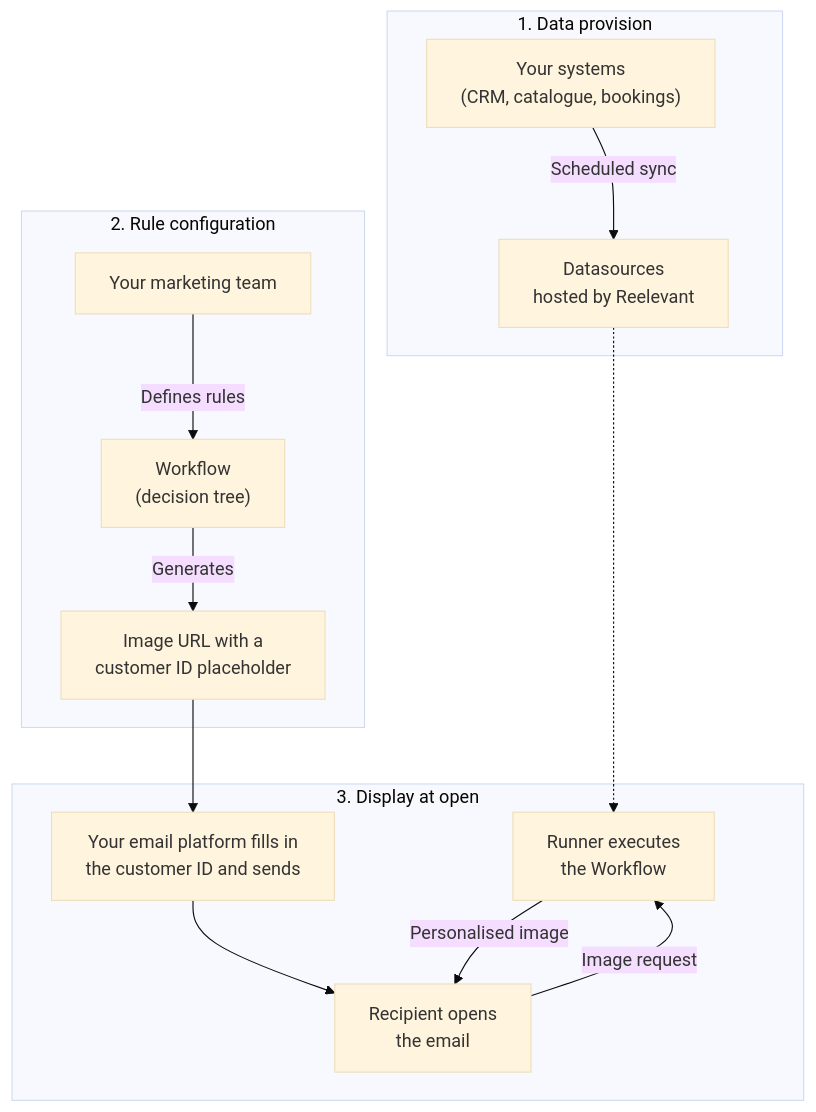
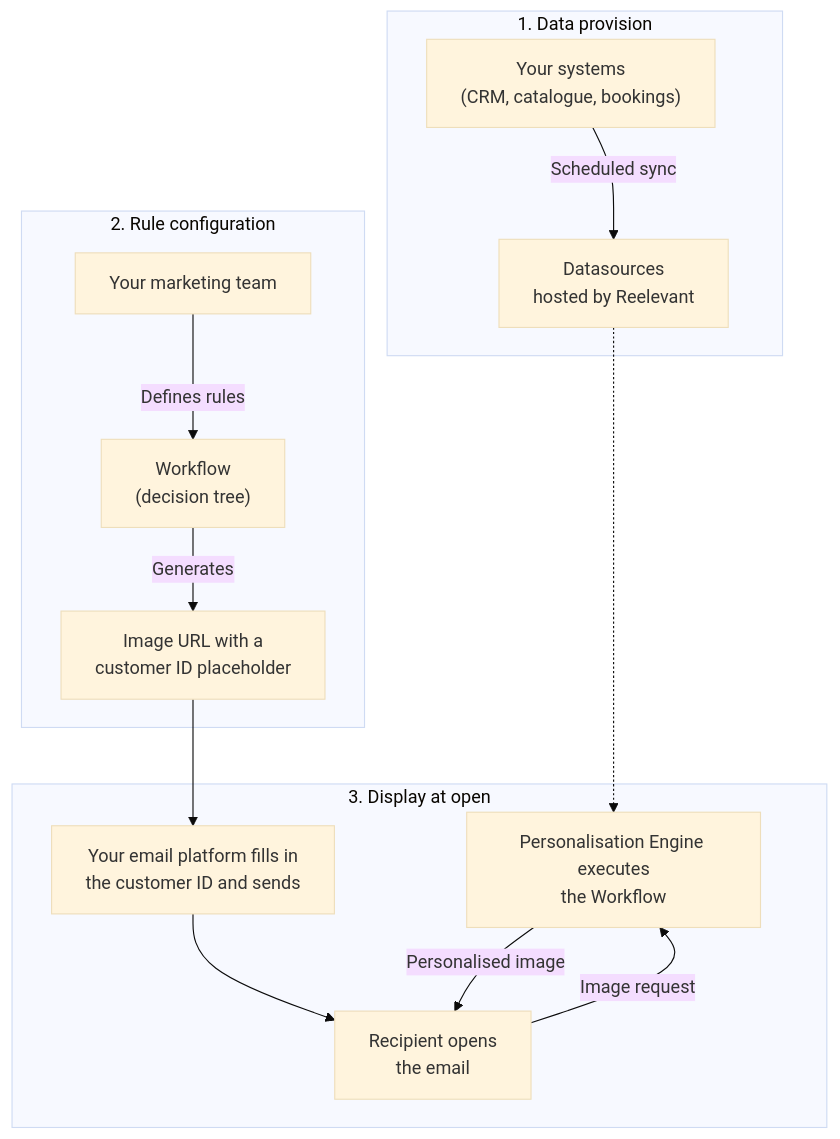
One commit to reelevant-tech/product-documentation changed the first of 4 diagrams in why-reelevant/data-protection/overview.mdx. Above: the diagram before and after it, drawn with Mermaid (base theme). The commit also changed other lines of this file and 3 other files, not shown here.

````diff
--- a/why-reelevant/data-protection/overview.mdx
+++ b/why-reelevant/data-protection/overview.mdx
@@ -21,18 +21,18 @@
 ```mermaid
 flowchart TB
     subgraph P1["1. Data provision"]
         CRM["Your systems<br/>(CRM, catalogue, bookings)"] -->|"Scheduled sync"| DS["Datasources<br/>hosted by Reelevant"]
     end
     subgraph P2["2. Rule configuration"]
         MKT["Your marketing team"] -->|"Defines rules"| WF["Workflow<br/>(decision tree)"]
         WF -->|"Generates"| URL["Image URL with a<br/>customer ID placeholder"]
     end
     subgraph P3["3. Display at open"]
         ESP["Your email platform fills in<br/>the customer ID and sends"] --> OPEN["Recipient opens<br/>the email"]
-        OPEN -->|"Image request"| RUN["Runner executes<br/>the Workflow"]
+        OPEN -->|"Image request"| RUN["Personalisation Engine executes<br/>the Workflow"]
         RUN -->|"Personalised image"| OPEN
     end
     P1 ~~~ P2
     DS -.-> RUN
     URL --> ESP
 ```
````
